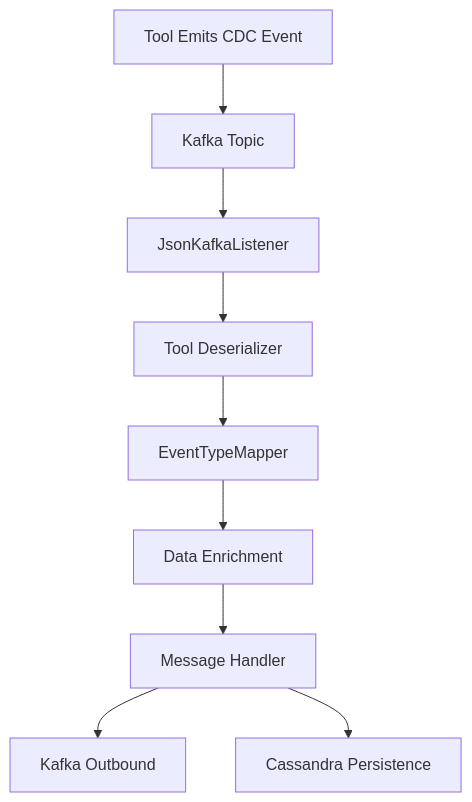
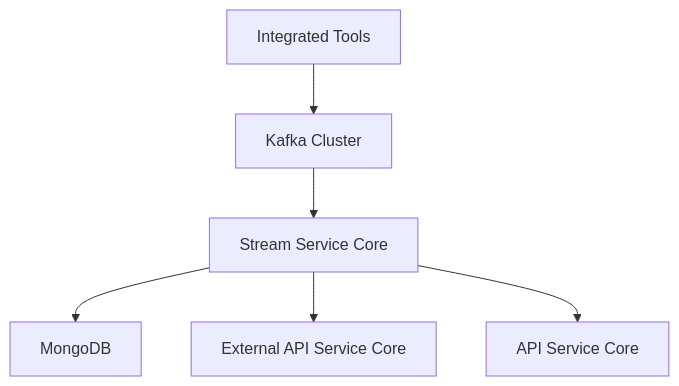
The seventh of 7 diagrams in docs/architecture/stream-service-core/stream-service-core.md (Praesto-Pro/openframe-oss-tenant), drawn with Mermaid before and after one commit. The commit also changed other lines of this file and 149 other files, not shown here.

````diff
--- a/docs/architecture/stream-service-core/stream-service-core.md
+++ b/docs/architecture/stream-service-core/stream-service-core.md
@@ -355,11 +388,8 @@
 ```mermaid
-flowchart TD
-    Step1["Tool Emits CDC Event"] --> Step2["Kafka Topic"]
-    Step2 --> Step3["JsonKafkaListener"]
-    Step3 --> Step4["Tool Deserializer"]
-    Step4 --> Step5["EventTypeMapper"]
-    Step5 --> Step6["Data Enrichment"]
-    Step6 --> Step7["Message Handler"]
-    Step7 --> Step8A["Kafka Outbound"]
-    Step7 --> Step8B["Cassandra Persistence"]
+flowchart TB
+    Tools["Integrated Tools"] --> Kafka["Kafka Cluster"]
+    Kafka --> Stream["Stream Service Core"]
+    Stream --> Mongo["MongoDB"]
+    Stream --> ExternalAPI["External API Service Core"]
+    Stream --> ApiService["API Service Core"]
 ```
````
